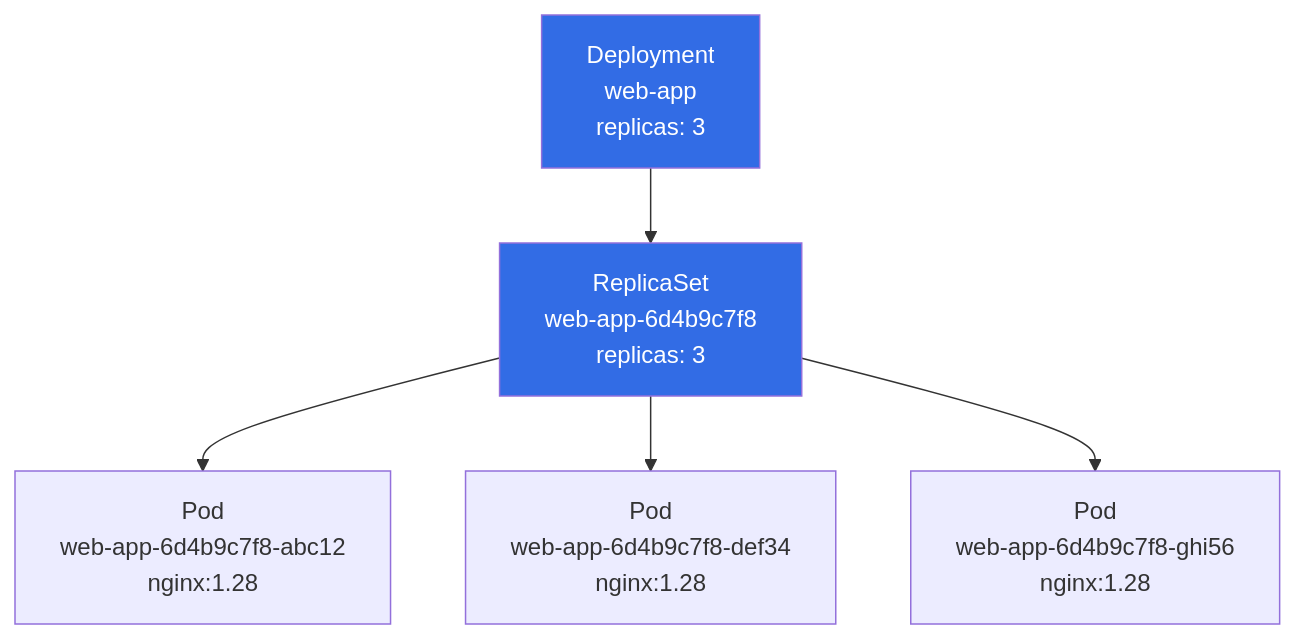
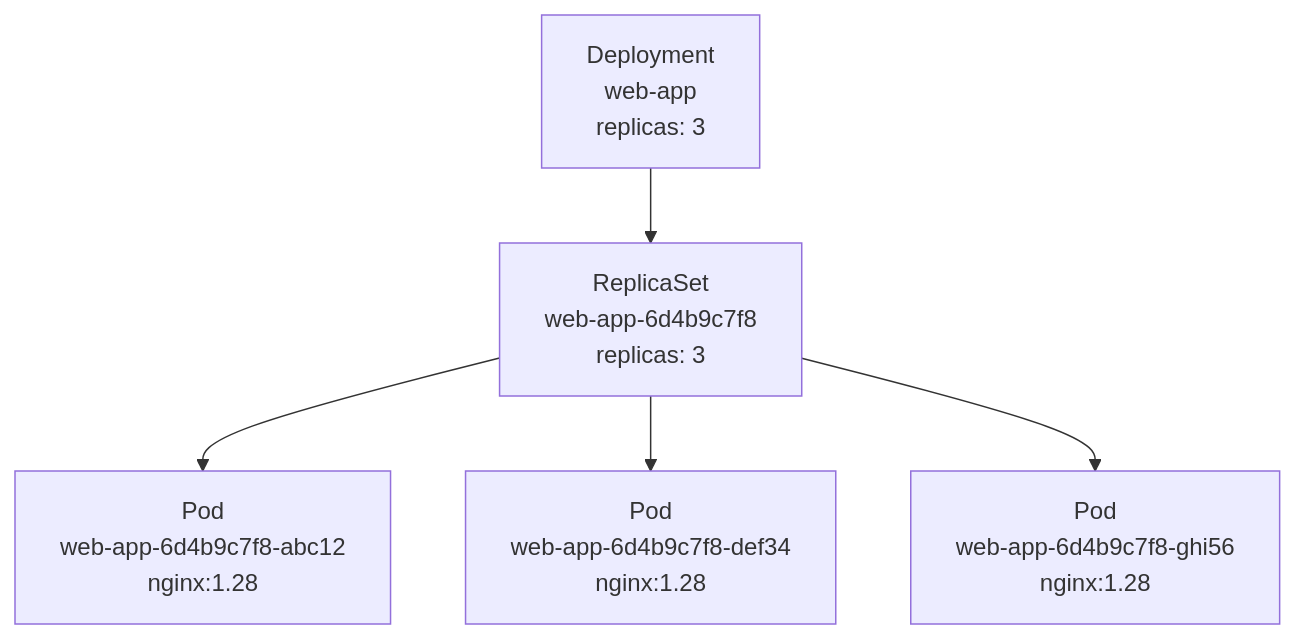
Before and after one commit to Antoine-Flo/kube-mastery: the diagram in src/courses/modules/deployments/02-creating-a-deployment/en/content.md, drawn with Mermaid. The commit also changed 21 other files, not shown here.

Commit message:
remove diagram styles

````diff
--- a/src/courses/modules/deployments/02-creating-a-deployment/en/content.md
+++ b/src/courses/modules/deployments/02-creating-a-deployment/en/content.md
@@ -83,16 +83,13 @@
 ```mermaid
 graph TB
     DEP["Deployment\nweb-app\nreplicas: 3"]
     RS["ReplicaSet\nweb-app-6d4b9c7f8\nreplicas: 3"]
     P1["Pod\nweb-app-6d4b9c7f8-abc12\nnginx:1.28"]
     P2["Pod\nweb-app-6d4b9c7f8-def34\nnginx:1.28"]
     P3["Pod\nweb-app-6d4b9c7f8-ghi56\nnginx:1.28"]
 
     DEP --> RS
     RS --> P1
     RS --> P2
     RS --> P3
-
-    style DEP fill:#326ce5,color:#fff
-    style RS fill:#326ce5,color:#fff
 ```
````
